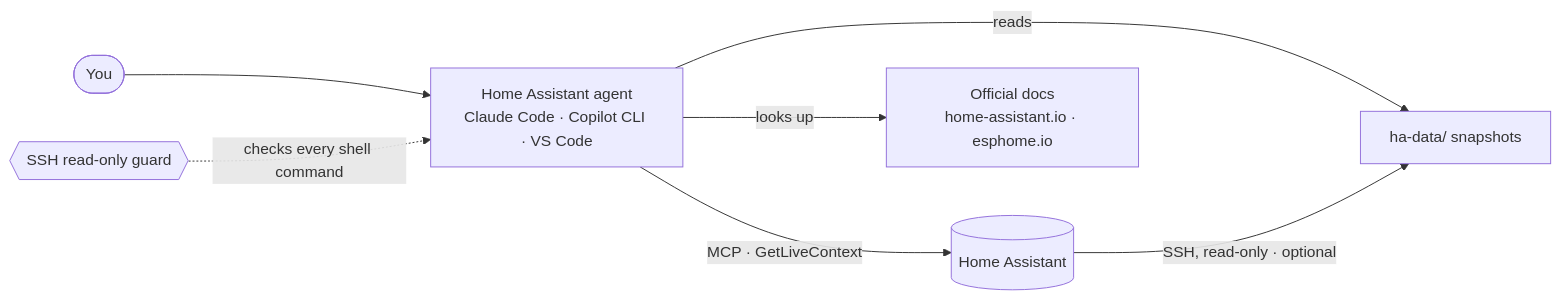
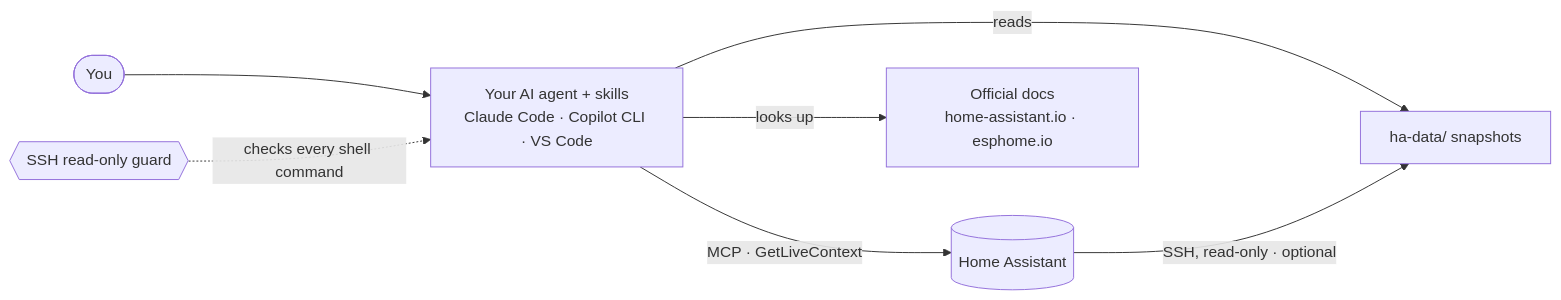
One commit to calexandre/homeassistant-assistant changed the diagram in README.md. Above: the diagram before and after it, drawn with Mermaid. The commit also changed other lines of this file and 6 other files, not shown here.

Commit message:
feat: drop the agent and link MCP Server docs from skills

````diff
--- a/README.md
+++ b/README.md
@@ -47,9 +47,9 @@
 ```mermaid
 flowchart LR
-  user([You]) --> agent["Home Assistant agent<br/>Claude Code · Copilot CLI · VS Code"]
+  user([You]) --> agent["Your AI agent + skills<br/>Claude Code · Copilot CLI · VS Code"]
   agent -->|"MCP · GetLiveContext"| ha[("Home Assistant")]
   agent -->|"looks up"| docs["Official docs<br/>home-assistant.io · esphome.io"]
   agent -->|"reads"| snap["ha-data/ snapshots"]
   ha -->|"SSH, read-only · optional"| snap
   guard{{"SSH read-only guard"}} -.->|"checks every shell command"| agent
 ```
````
